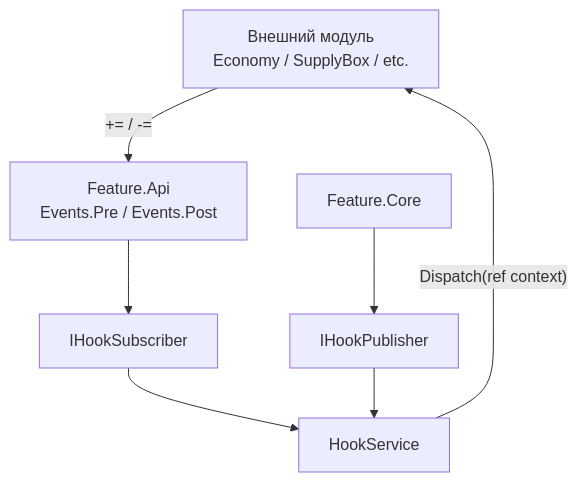
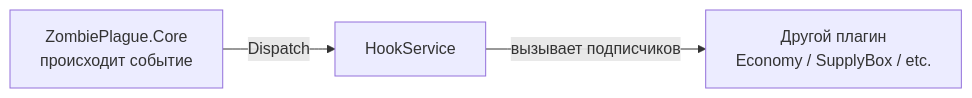
One commit to elysium-corp/cs2-zombie-plague changed the first of 10 diagrams in Common.Hooks/README.md. Above: the diagram before and after it, drawn with Mermaid. The commit also changed other lines of this file, not shown here.

````diff
--- a/Common.Hooks/README.md
+++ b/Common.Hooks/README.md
@@ -47,18 +43,11 @@
 ```mermaid
-flowchart TD
-    Consumer["Внешний модуль<br/>Economy / SupplyBox / etc."]
-    Api["Feature.Api<br/>Events.Pre / Events.Post"]
-    Subscriber["IHookSubscriber"]
-    Service["HookService"]
-    Publisher["IHookPublisher"]
-    Core["Feature.Core"]
+flowchart LR
+    Core["ZombiePlague.Core<br/>происходит событие"]
 
-    Consumer -->|" += / -="| Api
-    Api --> Subscriber
-    Subscriber --> Service
+    Hooks["HookService"]
 
-    Core --> Publisher
-    Publisher --> Service
+    Plugin["Другой плагин<br/>Economy / SupplyBox / etc."]
 
-    Service -->|"Dispatch(ref context)"| Consumer
+    Core -->|"Dispatch"| Hooks
+    Hooks -->|"вызывает подписчиков"| Plugin
 ```
````
